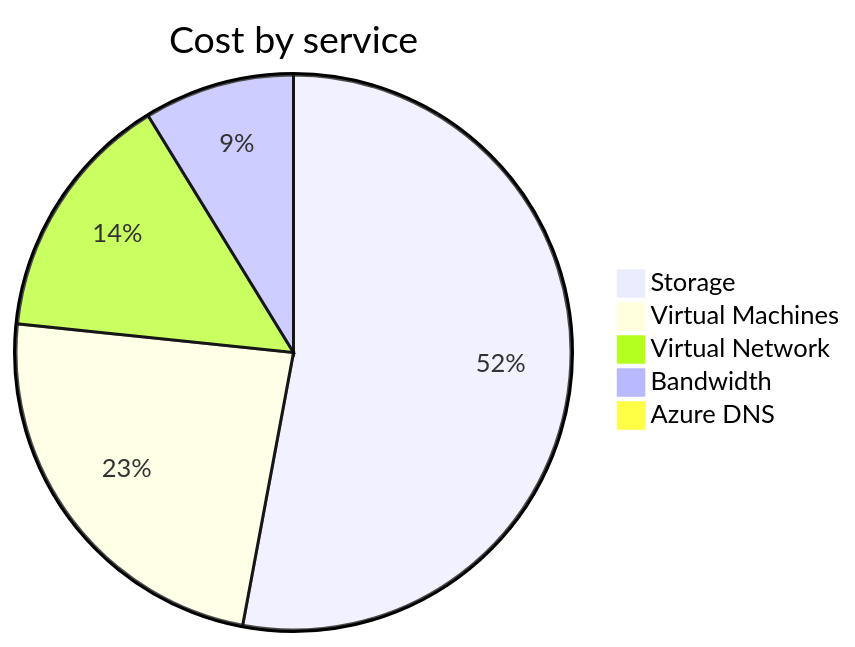
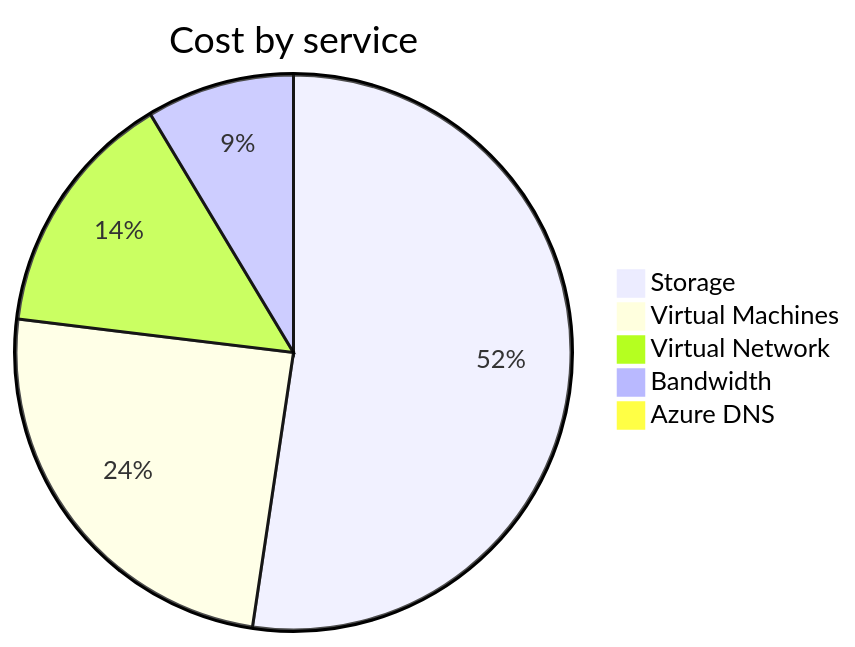
One commit to jpfulton/azure-personal-reports changed the second of 4 diagrams in cost-reports/personal-network/README.md. Above: the diagram before and after it, drawn with Mermaid. The commit also changed other lines of this file and 8 other files, not shown here.

````diff
--- a/cost-reports/personal-network/README.md
+++ b/cost-reports/personal-network/README.md
@@ -97,9 +97,9 @@
 ```mermaid
 pie
    title Cost by service
-   "Storage" : 16.07
-   "Virtual Machines" : 7.20
-   "Virtual Network" : 4.43
+   "Storage" : 16.18
+   "Virtual Machines" : 7.59
+   "Virtual Network" : 4.47
    "Bandwidth" : 2.66
    "Azure DNS" : 0.30
 ```
````
